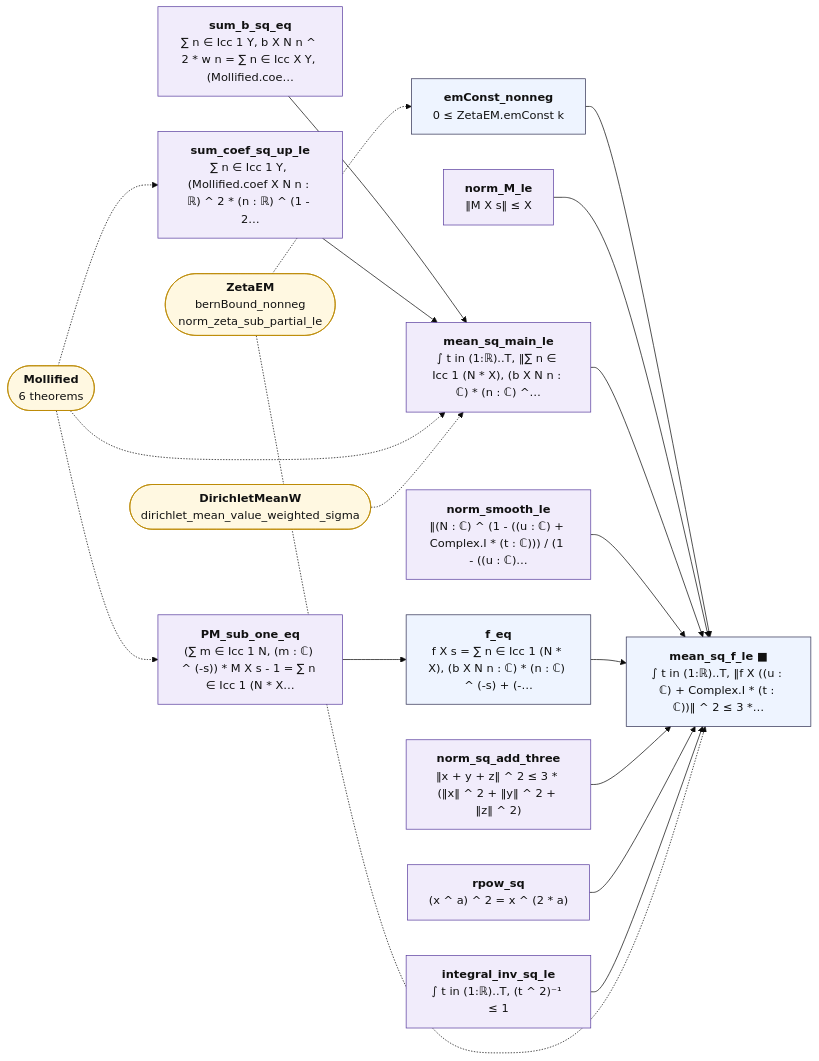
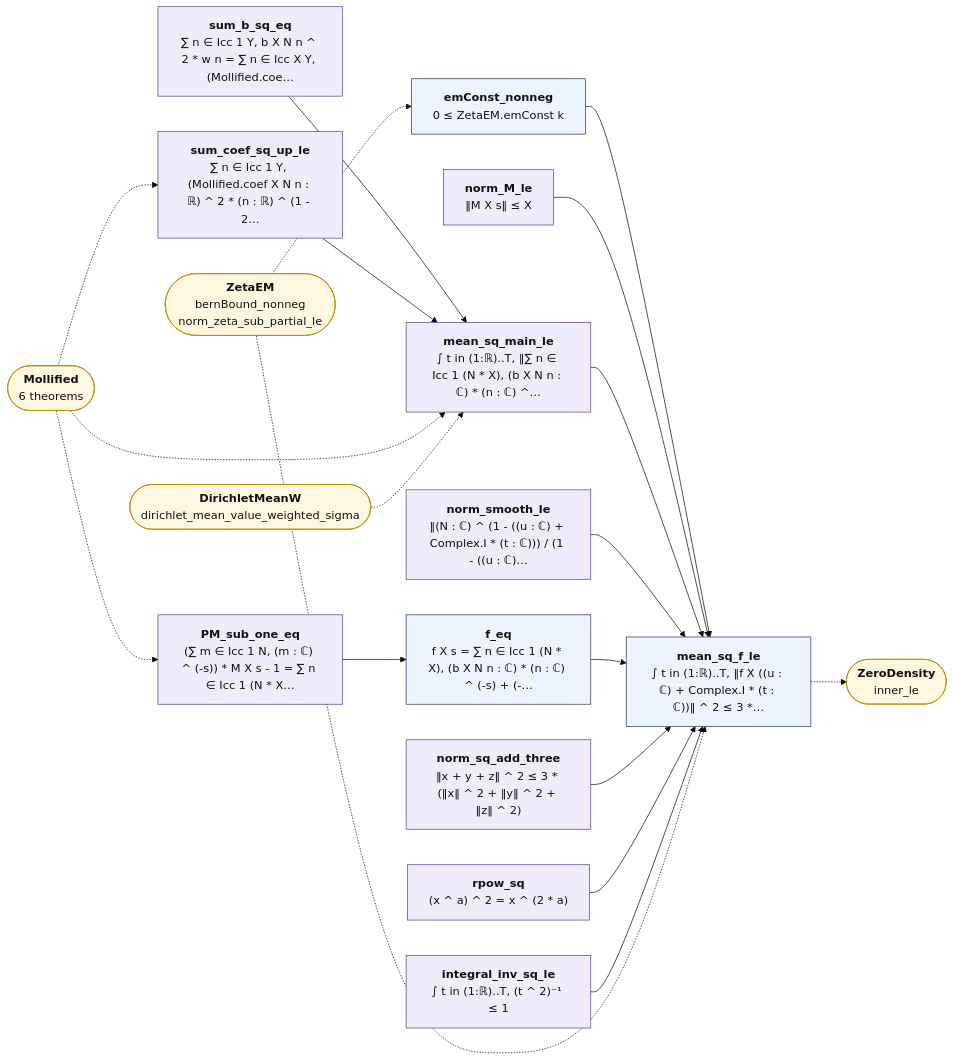
Before and after one commit to juliansambranojr/Primebeat_081426: the diagram in map/lean_stage3/MollifiedMean.mmd, drawn with Mermaid (base theme). The commit also changed 33 other files, not shown here.

First line of the commit message:
C6: a zero-density bound with a power saving at every real part above one half (unit 0454)

```diff
--- a/map/lean_stage3/MollifiedMean.mmd
+++ b/map/lean_stage3/MollifiedMean.mmd
@@ -1,41 +1,43 @@
 flowchart LR
   n0["<b>emConst_nonneg</b><br/>0 ≤ ZetaEM.emConst k"]:::thm
   n1["<b>norm_M_le</b><br/>‖M X s‖ ≤ X"]:::shp
   n2["<b>norm_smooth_le</b><br/>‖(N : ℂ) ^ (1 - ((u : ℂ) + Complex.I * (t : ℂ))) / (1 - ((u : ℂ)…"]:::shp
   n3["<b>PM_sub_one_eq</b><br/>(∑ m ∈ Icc 1 N, (m : ℂ) ^ (-s)) * M X s - 1 = ∑ n ∈ Icc 1 (N * X…"]:::shp
   n4["<b>f_eq</b><br/>f X s = ∑ n ∈ Icc 1 (N * X), (b X N n : ℂ) * (n : ℂ) ^ (-s) + (-…"]:::thm
   n5["<b>norm_sq_add_three</b><br/>‖x + y + z‖ ^ 2 ≤ 3 * (‖x‖ ^ 2 + ‖y‖ ^ 2 + ‖z‖ ^ 2)"]:::shp
   n6["<b>rpow_sq</b><br/>(x ^ a) ^ 2 = x ^ (2 * a)"]:::shp
   n7["<b>sum_b_sq_eq</b><br/>∑ n ∈ Icc 1 Y, b X N n ^ 2 * w n = ∑ n ∈ Icc X Y, (Mollified.coe…"]:::shp
   n8["<b>sum_coef_sq_up_le</b><br/>∑ n ∈ Icc 1 Y, (Mollified.coef X N n : ℝ) ^ 2 * (n : ℝ) ^ (1 - 2…"]:::shp
   n9["<b>integral_inv_sq_le</b><br/>∫ t in (1:ℝ)..T, (t ^ 2)⁻¹ ≤ 1"]:::shp
   n10["<b>mean_sq_main_le</b><br/>∫ t in (1:ℝ)..T, ‖∑ n ∈ Icc 1 (N * X), (b X N n : ℂ) * (n : ℂ) ^…"]:::shp
-  n11["<b>mean_sq_f_le ■</b><br/>∫ t in (1:ℝ)..T, ‖f X ((u : ℂ) + Complex.I * (t : ℂ))‖ ^ 2 ≤ 3 *…"]:::thm
+  n11["<b>mean_sq_f_le</b><br/>∫ t in (1:ℝ)..T, ‖f X ((u : ℂ) + Complex.I * (t : ℂ))‖ ^ 2 ≤ 3 *…"]:::thm
   x0(["<b>ZetaEM</b><br/>bernBound_nonneg<br/>norm_zeta_sub_partial_le"]):::ext
   x1(["<b>Mollified</b><br/>6 theorems"]):::ext
   x2(["<b>DirichletMeanW</b><br/>dirichlet_mean_value_weighted_sigma"]):::ext
+  x3(["<b>ZeroDensity</b><br/>inner_le"]):::ext
   n0 --> n11
   n1 --> n11
   n10 --> n11
   n2 --> n11
   n3 --> n4
   n4 --> n11
   n5 --> n11
   n6 --> n11
   n7 --> n10
   n8 --> n10
   n9 --> n11
+  n11 -.-> x3
   x0 -.-> n0
   x0 -.-> n11
   x1 -.-> n10
   x1 -.-> n3
   x1 -.-> n8
   x2 -.-> n10
   classDef cnt fill:#dff5ec,stroke:#17694a,color:#111
   classDef shp fill:#f1ecfb,stroke:#5b3fa0,color:#111
   classDef rh fill:#ffe5e5,stroke:#c22,color:#111,stroke-width:2px
   classDef thm fill:#eef4ff,stroke:#335,color:#111
   classDef end_ fill:#e7f7e7,stroke:#2a7,color:#111,stroke-width:2px
   classDef lone fill:#fff,stroke:#999,color:#111,stroke-dasharray:4 3
   classDef bad fill:#ffe5e5,stroke:#c22,color:#111,stroke-width:2px
   classDef ext fill:#fff8e1,stroke:#b80,color:#111
```
